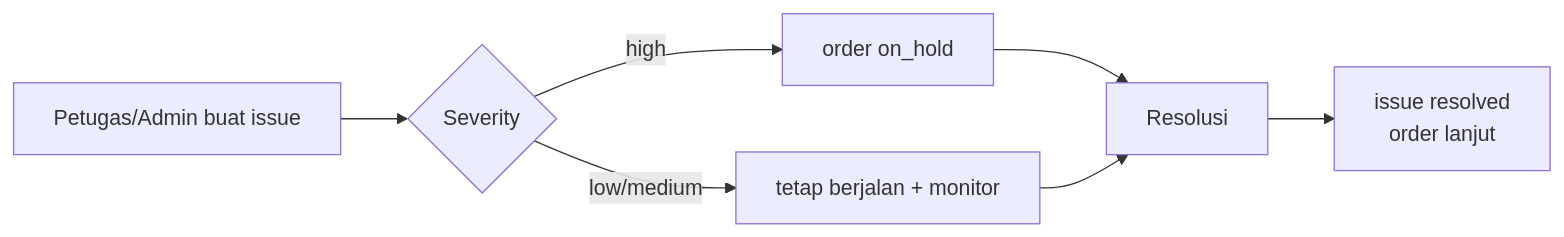
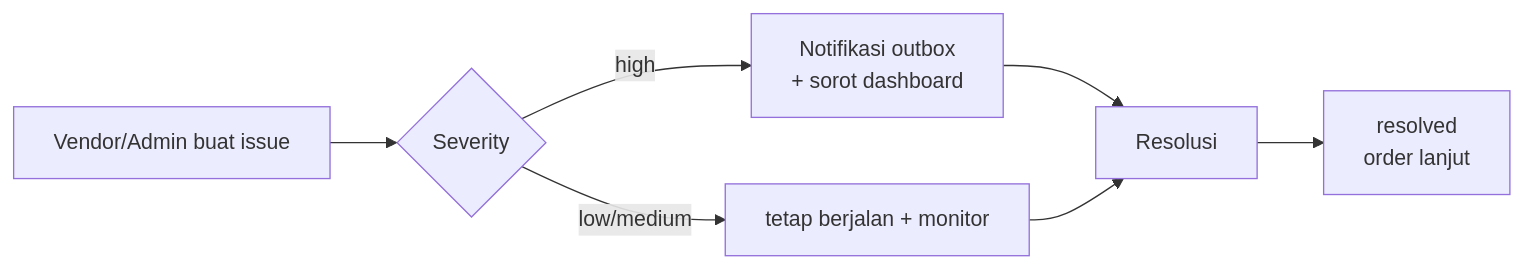
The fifth of 5 diagrams in docs/08_WORKFLOW_MAP.md (aiagent-zs/suksesaqiqah1), drawn with Mermaid before and after one commit. The commit also changed other lines of this file and 5 other files, not shown here.

````diff
--- a/docs/08_WORKFLOW_MAP.md
+++ b/docs/08_WORKFLOW_MAP.md
@@ -105,9 +139,9 @@
 ```mermaid
 flowchart LR
-    I[Petugas/Admin buat issue] --> SEV{Severity}
-    SEV -->|high| HOLD[order on_hold]
+    I[Vendor/Admin buat issue] --> SEV{Severity}
+    SEV -->|high| N[Notifikasi outbox\n+ sorot dashboard]
     SEV -->|low/medium| TRACK[tetap berjalan + monitor]
-    HOLD --> RES[Resolusi]
+    N --> RES[Resolusi]
     TRACK --> RES
-    RES --> BACK[issue resolved\norder lanjut]
+    RES --> BACK[resolved\norder lanjut]
 ```
````
